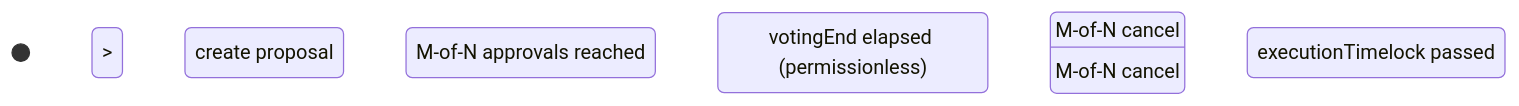
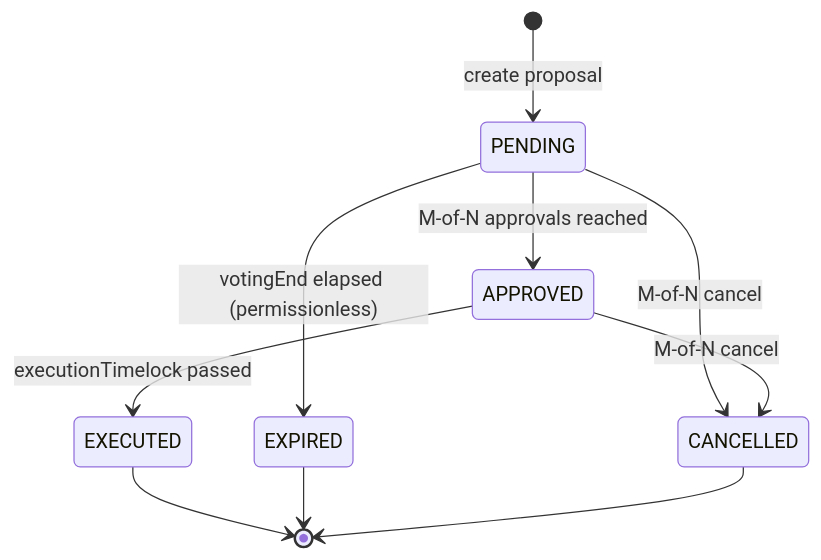
Before and after one commit to flowguardlabs/flow-guard: the first of 2 diagrams in docs/concepts/governance.mdx, drawn with Mermaid. The commit also changed 12 other files, not shown here.

Commit message:
fix: unify github link, fix all mermaid arrows in concepts, fix roadmap/security footer links to docs

````diff
--- a/docs/concepts/governance.mdx
+++ b/docs/concepts/governance.mdx
@@ -11,12 +11,12 @@
 ```mermaid
 stateDiagram-v2
-    [*] > PENDING : create proposal
-    PENDING > APPROVED : M-of-N approvals reached
-    PENDING > EXPIRED : votingEnd elapsed (permissionless)
-    PENDING > CANCELLED : M-of-N cancel
-    APPROVED > CANCELLED : M-of-N cancel
-    APPROVED > EXECUTED : executionTimelock passed
-    EXECUTED > [*]
-    EXPIRED > [*]
-    CANCELLED > [*]
+    [*] --> PENDING : create proposal
+    PENDING --> APPROVED : M-of-N approvals reached
+    PENDING --> EXPIRED : votingEnd elapsed (permissionless)
+    PENDING --> CANCELLED : M-of-N cancel
+    APPROVED --> CANCELLED : M-of-N cancel
+    APPROVED --> EXECUTED : executionTimelock passed
+    EXECUTED --> [*]
+    EXPIRED --> [*]
+    CANCELLED --> [*]
 ```
````
